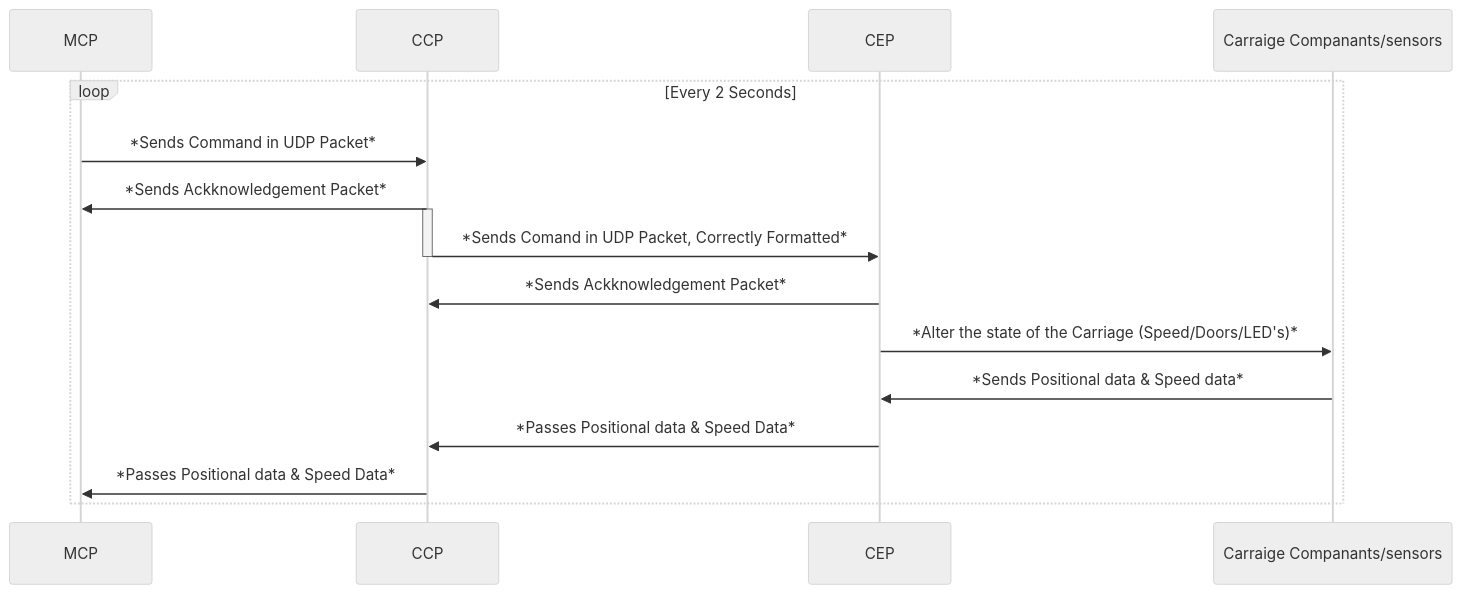
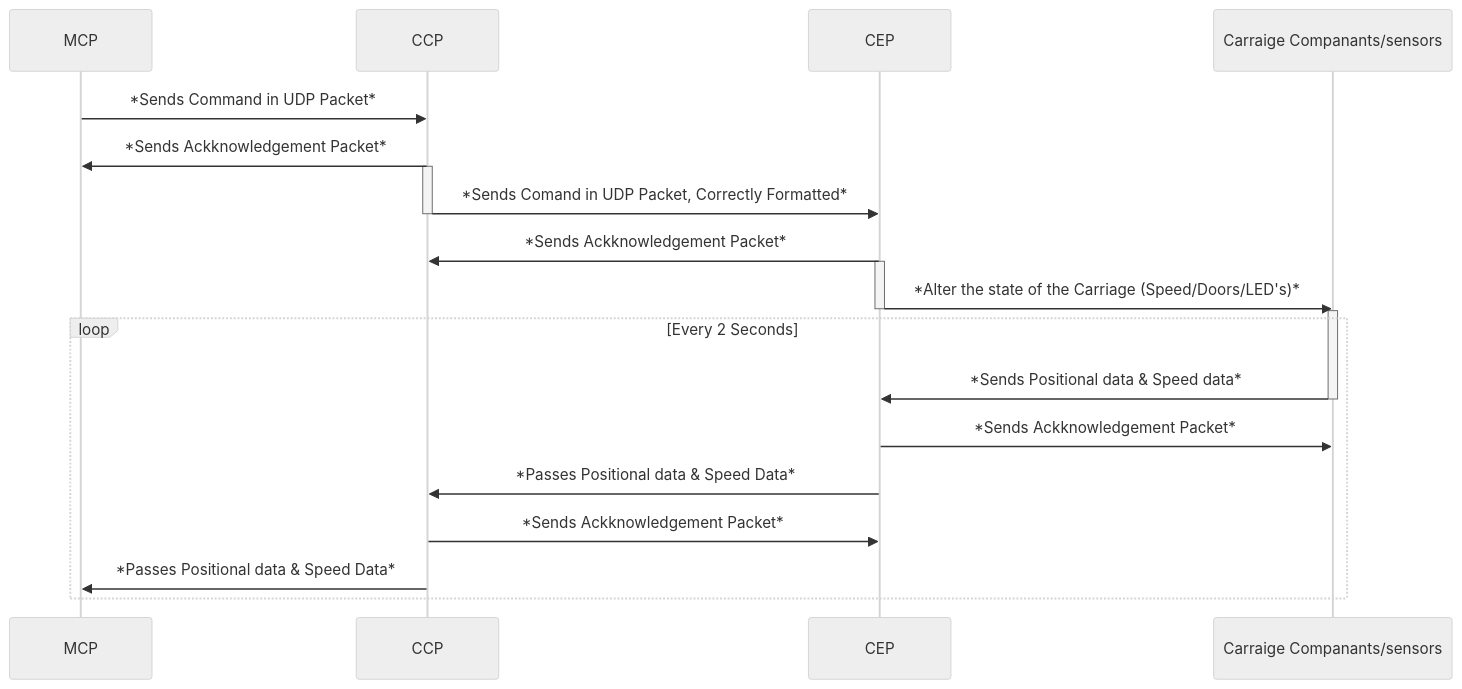
Before and after one commit to Reece-Tredwell/ENGG_2000_TuesAM_COMMS_5: the diagram in Carriage Control Program/SequenceDiagram.md, drawn with Mermaid (neutral theme). The commit also changed 4 other files, not shown here.

````diff
--- a/Carriage Control Program/SequenceDiagram.md
+++ b/Carriage Control Program/SequenceDiagram.md
@@ -1,15 +1,21 @@
 ```mermaid
 sequenceDiagram
-loop Every 2 Seconds
 MCP ->> CCP: *Sends Command in UDP Packet*
 CCP ->> MCP: *Sends Ackknowledgement Packet*
 activate CCP
 CCP ->> CEP: *Sends Comand in UDP Packet, Correctly Formatted*
 deactivate CCP
 CEP ->> CCP: *Sends Ackknowledgement Packet*
+activate CEP
 CEP ->> Carraige Companants/sensors: *Alter the state of the Carriage (Speed/Doors/LED's)*
+deactivate CEP
+activate Carraige Companants/sensors
+loop Every 2 Seconds
 Carraige Companants/sensors ->> CEP: *Sends Positional data & Speed data*
+deactivate Carraige Companants/sensors
+CEP ->> Carraige Companants/sensors: *Sends Ackknowledgement Packet*
 CEP ->> CCP: *Passes Positional data & Speed Data*
+CCP ->> CEP: *Sends Ackknowledgement Packet*
 CCP ->> MCP: *Passes Positional data & Speed Data*
 end
 ```
````
